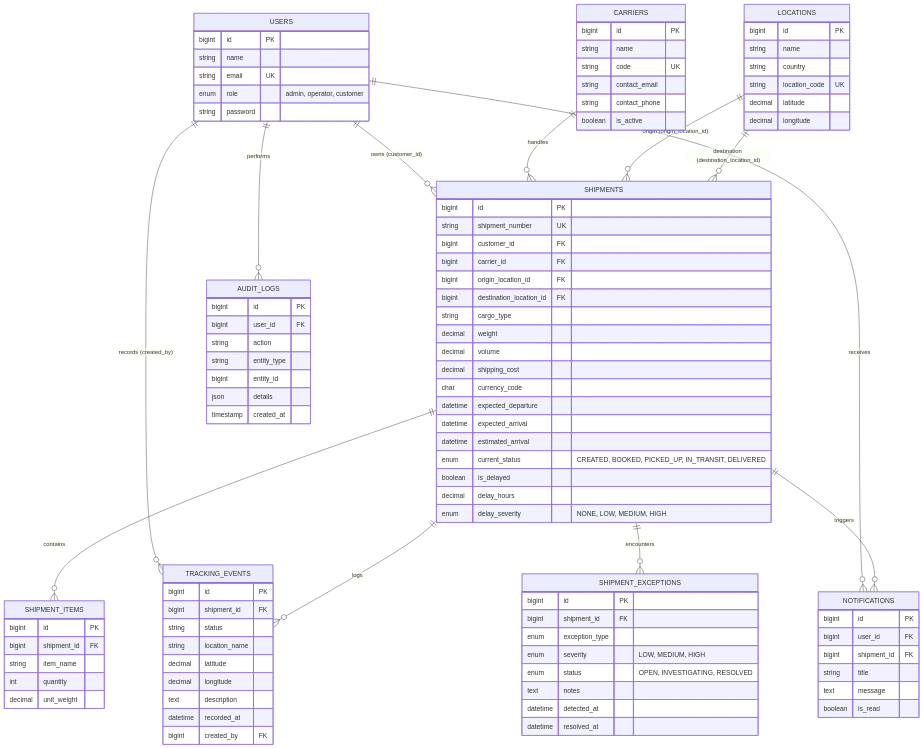
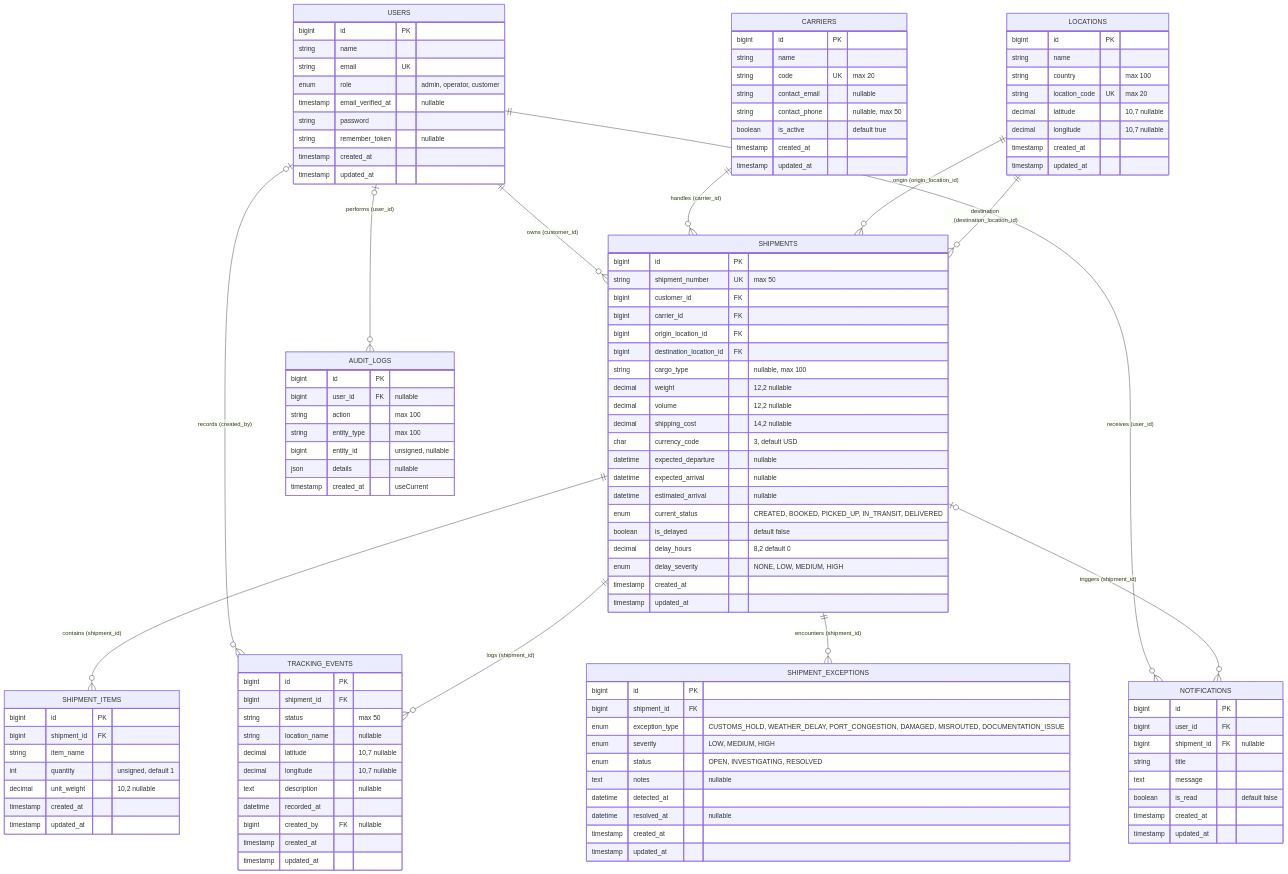
Before and after one commit to salis250180173-lang/cargotrace-uas: the diagram in README.md, drawn with Mermaid. The commit also changed other lines of this file, not shown here.

Commit message:
docs: add ERD, data dictionary, and deployment guide to README

````diff
--- a/README.md
+++ b/README.md
@@ -60,103 +63,121 @@
 ```mermaid
 erDiagram
     USERS ||--o{ SHIPMENTS : "owns (customer_id)"
-    USERS ||--o{ TRACKING_EVENTS : "records (created_by)"
-    USERS ||--o{ NOTIFICATIONS : "receives"
-    USERS ||--o{ AUDIT_LOGS : "performs"
-    CARRIERS ||--o{ SHIPMENTS : "handles"
+    USERS |o--o{ TRACKING_EVENTS : "records (created_by)"
+    USERS ||--o{ NOTIFICATIONS : "receives (user_id)"
+    USERS |o--o{ AUDIT_LOGS : "performs (user_id)"
+    CARRIERS ||--o{ SHIPMENTS : "handles (carrier_id)"
     LOCATIONS ||--o{ SHIPMENTS : "origin (origin_location_id)"
     LOCATIONS ||--o{ SHIPMENTS : "destination (destination_location_id)"
-    SHIPMENTS ||--o{ SHIPMENT_ITEMS : "contains"
-    SHIPMENTS ||--o{ TRACKING_EVENTS : "logs"
-    SHIPMENTS ||--o{ SHIPMENT_EXCEPTIONS : "encounters"
-    SHIPMENTS ||--o{ NOTIFICATIONS : "triggers"
+    SHIPMENTS ||--o{ SHIPMENT_ITEMS : "contains (shipment_id)"
+    SHIPMENTS ||--o{ TRACKING_EVENTS : "logs (shipment_id)"
+    SHIPMENTS ||--o{ SHIPMENT_EXCEPTIONS : "encounters (shipment_id)"
+    SHIPMENTS |o--o{ NOTIFICATIONS : "triggers (shipment_id)"
 
     USERS {
         bigint id PK
         string name
         string email UK
         enum role "admin, operator, customer"
+        timestamp email_verified_at "nullable"
         string password
+        string remember_token "nullable"
+        timestamp created_at
+        timestamp updated_at
     }
     CARRIERS {
         bigint id PK
         string name
-        string code UK
-        string contact_email
-        string contact_phone
-        boolean is_active
+        string code UK "max 20"
+        string contact_email "nullable"
+        string contact_phone "nullable, max 50"
+        boolean is_active "default true"
+        timestamp created_at
+        timestamp updated_at
     }
     LOCATIONS {
         bigint id PK
         string name
-        string country
-        string location_code UK
-        decimal latitude
-        decimal longitude
+        string country "max 100"
+        string location_code UK "max 20"
+        decimal latitude "10,7 nullable"
+        decimal longitude "10,7 nullable"
+        timestamp created_at
+        timestamp updated_at
     }
     SHIPMENTS {
         bigint id PK
-        string shipment_number UK
+        string shipment_number UK "max 50"
         bigint customer_id FK
         bigint carrier_id FK
         bigint origin_location_id FK
         bigint destination_location_id FK
-        string cargo_type
-        decimal weight
-        decimal volume
-        decimal shipping_cost
-        char currency_code
-        datetime expected_departure
-        datetime expected_arrival
-        datetime estimated_arrival
+        string cargo_type "nullable, max 100"
+        decimal weight "12,2 nullable"
+        decimal volume "12,2 nullable"
+        decimal shipping_cost "14,2 nullable"
+        char currency_code "3, default USD"
+        datetime expected_departure "nullable"
+        datetime expected_arrival "nullable"
+        datetime estimated_arrival "nullable"
         enum current_status "CREATED, BOOKED, PICKED_UP, IN_TRANSIT, DELIVERED"
-        boolean is_delayed
-        decimal delay_hours
+        boolean is_delayed "default false"
+        decimal delay_hours "8,2 default 0"
         enum delay_severity "NONE, LOW, MEDIUM, HIGH"
+        timestamp created_at
+        timestamp updated_at
     }
     SHIPMENT_ITEMS {
         bigint id PK
         bigint shipment_id FK
         string item_name
-        int quantity
-        decimal unit_weight
+        int quantity "unsigned, default 1"
+        decimal unit_weight "10,2 nullable"
+        timestamp created_at
+        timestamp updated_at
     }
     TRACKING_EVENTS {
         bigint id PK
         bigint shipment_id FK
-        string status
-        string location_name
-        decimal latitude
-        decimal longitude
-        text description
+        string status "max 50"
+        string location_name "nullable"
+        decimal latitude "10,7 nullable"
+        decimal longitude "10,7 nullable"
+        text description "nullable"
         datetime recorded_at
-        bigint created_by FK
+        bigint created_by FK "nullable"
+        timestamp created_at
+        timestamp updated_at
     }
     SHIPMENT_EXCEPTIONS {
         bigint id PK
         bigint shipment_id FK
-        enum exception_type
+        enum exception_type "CUSTOMS_HOLD, WEATHER_DELAY, PORT_CONGESTION, DAMAGED, MISROUTED, DOCUMENTATION_ISSUE"
         enum severity "LOW, MEDIUM, HIGH"
         enum status "OPEN, INVESTIGATING, RESOLVED"
-        text notes
+        text notes "nullable"
         datetime detected_at
-        datetime resolved_at
+        datetime resolved_at "nullable"
+        timestamp created_at
+        timestamp updated_at
     }
     NOTIFICATIONS {
         bigint id PK
         bigint user_id FK
-        bigint shipment_id FK
+        bigint shipment_id FK "nullable"
         string title
         text message
-        boolean is_read
+        boolean is_read "default false"
+        timestamp created_at
+        timestamp updated_at
     }
     AUDIT_LOGS {
         bigint id PK
-        bigint user_id FK
-        string action
-        string entity_type
-        bigint entity_id
-        json details
-        timestamp created_at
+        bigint user_id FK "nullable"
+        string action "max 100"
+        string entity_type "max 100"
+        bigint entity_id "unsigned, nullable"
+        json details "nullable"
+        timestamp created_at "useCurrent"
     }
 ```
````
